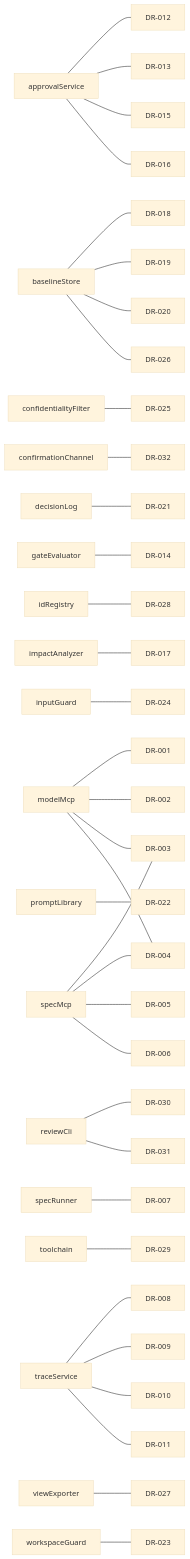
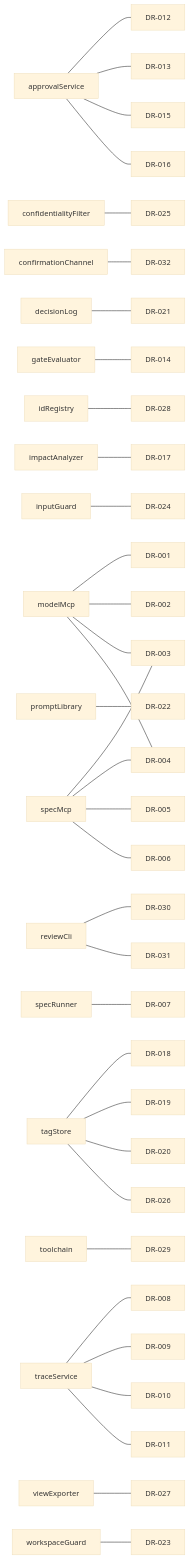
One commit to DanielLockau-MLPA/specflow changed the diagram in docs/diagrams/04_allocation.mmd. Above: the diagram before and after it, drawn with Mermaid (base theme). The commit also changed 18 other files, not shown here.

Commit message:
Architecture: BaselineStore becomes ApprovalTagStore; regenerate diagrams and docs/diagrams.md

```diff
--- a/docs/diagrams/04_allocation.mmd
+++ b/docs/diagrams/04_allocation.mmd
@@ -1,53 +1,53 @@
 flowchart LR
   approvalService["approvalService"]
   approvalService --- DR012["DR-012"]
   approvalService --- DR013["DR-013"]
   approvalService --- DR015["DR-015"]
   approvalService --- DR016["DR-016"]
-  baselineStore["baselineStore"]
-  baselineStore --- DR018["DR-018"]
-  baselineStore --- DR019["DR-019"]
-  baselineStore --- DR020["DR-020"]
-  baselineStore --- DR026["DR-026"]
   confidentialityFilter["confidentialityFilter"]
   confidentialityFilter --- DR025["DR-025"]
   confirmationChannel["confirmationChannel"]
   confirmationChannel --- DR032["DR-032"]
   decisionLog["decisionLog"]
   decisionLog --- DR021["DR-021"]
   gateEvaluator["gateEvaluator"]
   gateEvaluator --- DR014["DR-014"]
   idRegistry["idRegistry"]
   idRegistry --- DR028["DR-028"]
   impactAnalyzer["impactAnalyzer"]
   impactAnalyzer --- DR017["DR-017"]
   inputGuard["inputGuard"]
   inputGuard --- DR024["DR-024"]
   modelMcp["modelMcp"]
   modelMcp --- DR001["DR-001"]
   modelMcp --- DR002["DR-002"]
   modelMcp --- DR003["DR-003"]
   modelMcp --- DR004["DR-004"]
   promptLibrary["promptLibrary"]
   promptLibrary --- DR022["DR-022"]
   reviewCli["reviewCli"]
   reviewCli --- DR030["DR-030"]
   reviewCli --- DR031["DR-031"]
   specMcp["specMcp"]
   specMcp --- DR003["DR-003"]
   specMcp --- DR004["DR-004"]
   specMcp --- DR005["DR-005"]
   specMcp --- DR006["DR-006"]
   specRunner["specRunner"]
   specRunner --- DR007["DR-007"]
+  tagStore["tagStore"]
+  tagStore --- DR018["DR-018"]
+  tagStore --- DR019["DR-019"]
+  tagStore --- DR020["DR-020"]
+  tagStore --- DR026["DR-026"]
   toolchain["toolchain"]
   toolchain --- DR029["DR-029"]
   traceService["traceService"]
   traceService --- DR008["DR-008"]
   traceService --- DR009["DR-009"]
   traceService --- DR010["DR-010"]
   traceService --- DR011["DR-011"]
   viewExporter["viewExporter"]
   viewExporter --- DR027["DR-027"]
   workspaceGuard["workspaceGuard"]
   workspaceGuard --- DR023["DR-023"]
```
